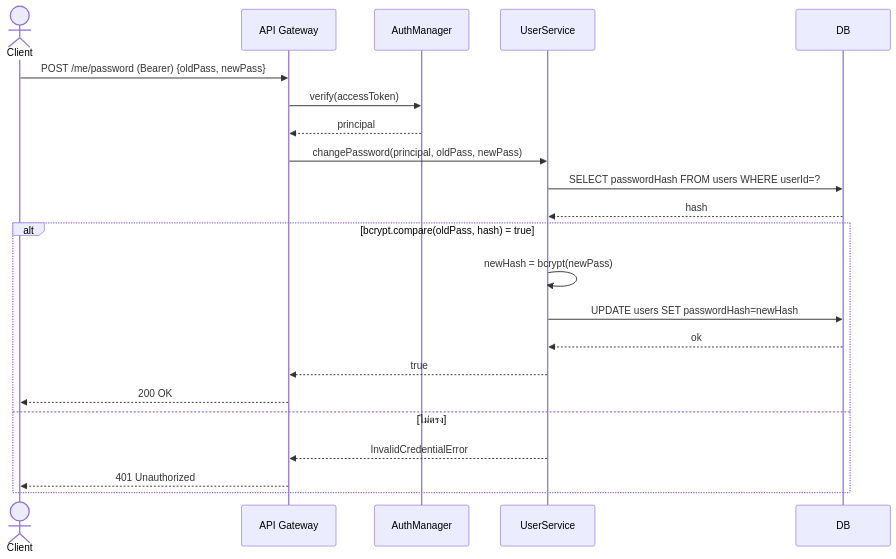
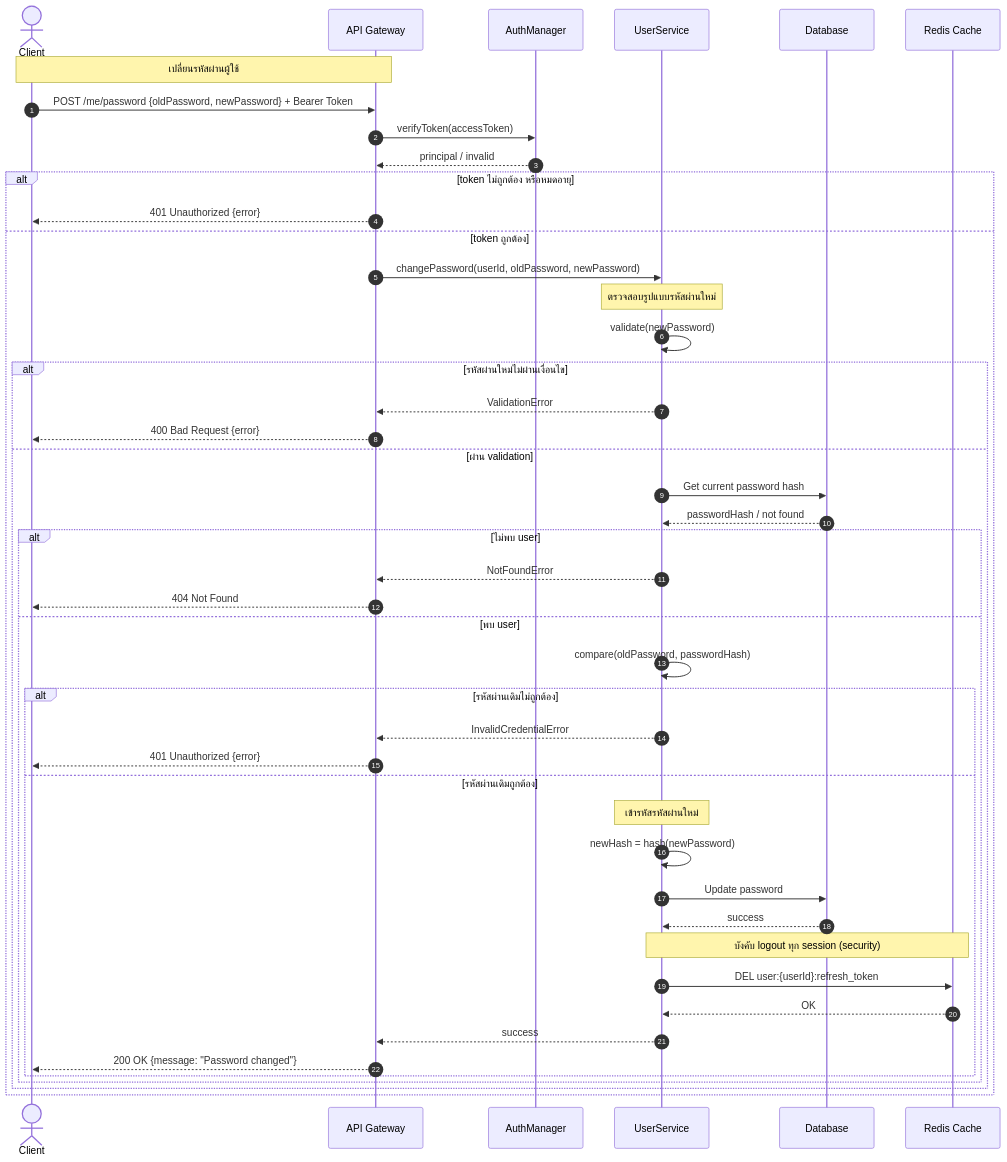
One commit to Bank-e/Music-Video-Streaming-Subscription-System changed the third of 4 diagrams in doc/sequence_01_user.md. Above: the diagram before and after it, drawn with Mermaid. The commit also changed other lines of this file and 4 other files, not shown here.

````diff
--- a/doc/sequence_01_user.md
+++ b/doc/sequence_01_user.md
@@ -52,25 +90,59 @@
 ```mermaid
 sequenceDiagram
-  actor Client
-  participant API as API Gateway
-  participant AM as AuthManager
-  participant US as UserService
-  participant DB
+    autonumber
+    actor Client
+    participant API as API Gateway
+    participant AM as AuthManager
+    participant US as UserService
+    participant DB as Database
+    participant Cache as Redis Cache
 
-  Client->>API: POST /me/password (Bearer) {oldPass, newPass}
-  API->>AM: verify(accessToken)
-  AM-->>API: principal
-  API->>US: changePassword(principal, oldPass, newPass)
-  US->>DB: SELECT passwordHash FROM users WHERE userId=?
-  DB-->>US: hash
-  alt bcrypt.compare(oldPass, hash) = true
-    US->>US: newHash = bcrypt(newPass)
-    US->>DB: UPDATE users SET passwordHash=newHash
-    DB-->>US: ok
-    US-->>API: true
-    API-->>Client: 200 OK
-  else ไม่ตรง
-    US-->>API: InvalidCredentialError
-    API-->>Client: 401 Unauthorized
-  end
+    Note over Client,API: เปลี่ยนรหัสผ่านผู้ใช้
+
+    Client->>API: POST /me/password {oldPassword, newPassword} + Bearer Token
+
+    API->>AM: verifyToken(accessToken)
+    AM-->>API: principal / invalid
+
+    alt token ไม่ถูกต้อง หรือหมดอายุ
+        API-->>Client: 401 Unauthorized {error}
+    else token ถูกต้อง
+        API->>US: changePassword(userId, oldPassword, newPassword)
+
+        Note over US: ตรวจสอบรูปแบบรหัสผ่านใหม่
+        US->>US: validate(newPassword)
+
+        alt รหัสผ่านใหม่ไม่ผ่านเงื่อนไข
+            US-->>API: ValidationError
+            API-->>Client: 400 Bad Request {error}
+        else ผ่าน validation
+            US->>DB: Get current password hash
+            DB-->>US: passwordHash / not found
+
+            alt ไม่พบ user
+                US-->>API: NotFoundError
+                API-->>Client: 404 Not Found
+            else พบ user
+                US->>US: compare(oldPassword, passwordHash)
+
+                alt รหัสผ่านเดิมไม่ถูกต้อง
+                    US-->>API: InvalidCredentialError
+                    API-->>Client: 401 Unauthorized {error}
+                else รหัสผ่านเดิมถูกต้อง
+                    Note over US: เข้ารหัสรหัสผ่านใหม่
+                    US->>US: newHash = hash(newPassword)
+
+                    US->>DB: Update password
+                    DB-->>US: success
+
+                    Note over US,Cache: บังคับ logout ทุก session (security)
+                    US->>Cache: DEL user:{userId}:refresh_token
+                    Cache-->>US: OK
+
+                    US-->>API: success
+                    API-->>Client: 200 OK {message: "Password changed"}
+                end
+            end
+        end
+    end
 ```
````
